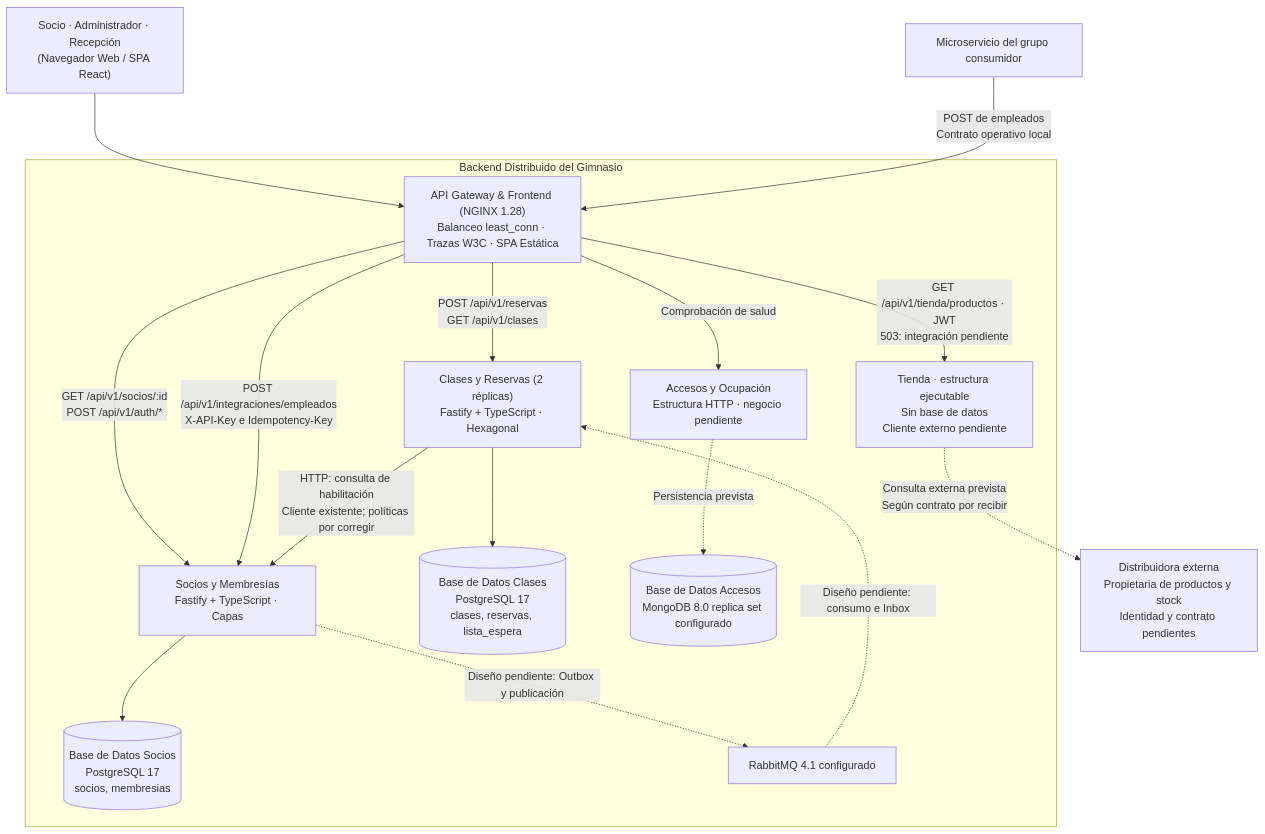
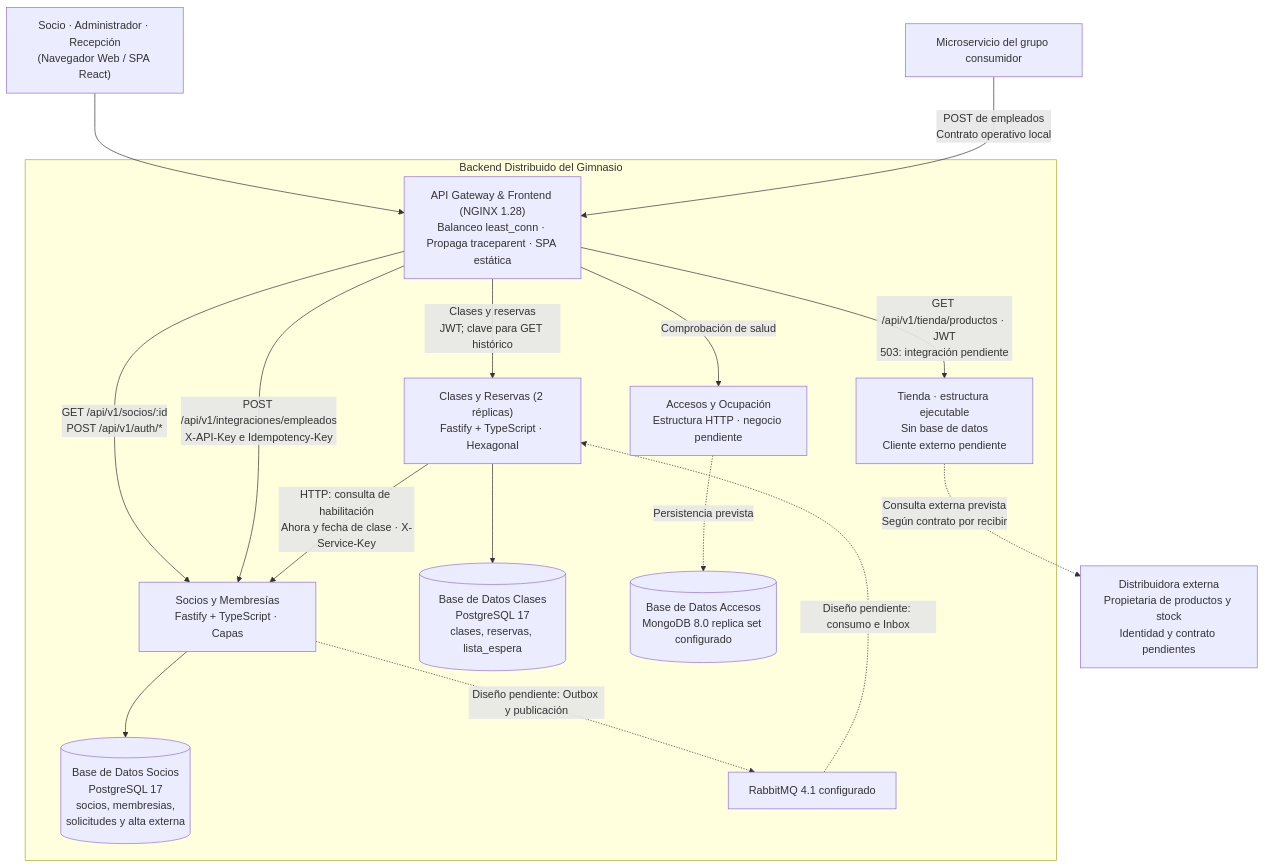
Before and after one commit to PabloMarquezCapilla/Gestion-gimnasio-arquitectura-software: the second of 3 diagrams in docs/ARCHITECTURE.md, drawn with Mermaid. The commit also changed other lines of this file and 20 other files, not shown here.

````diff
--- a/docs/ARCHITECTURE.md
+++ b/docs/ARCHITECTURE.md
@@ -107,25 +86,25 @@
 ```mermaid
 flowchart TB
     actores["Socio · Administrador · Recepción<br/>(Navegador Web / SPA React)"] --> gateway
     consumidor["Microservicio del grupo consumidor"] -->|POST de empleados<br/>Contrato operativo local| gateway
     
     subgraph backend["Backend Distribuido del Gimnasio"]
-        gateway["API Gateway & Frontend (NGINX 1.28)<br/>Balanceo least_conn · Trazas W3C · SPA Estática"]
+        gateway["API Gateway & Frontend (NGINX 1.28)<br/>Balanceo least_conn · Propaga traceparent · SPA estática"]
         
-        gateway -->|POST /api/v1/reservas<br/>GET /api/v1/clases| clases["Clases y Reservas (2 réplicas)<br/>Fastify + TypeScript · Hexagonal"]
+        gateway -->|Clases y reservas<br/>JWT; clave para GET histórico| clases["Clases y Reservas (2 réplicas)<br/>Fastify + TypeScript · Hexagonal"]
         gateway -->|GET /api/v1/socios/:id<br/>POST /api/v1/auth/*| socios["Socios y Membresías<br/>Fastify + TypeScript · Capas"]
         gateway -->|POST /api/v1/integraciones/empleados<br/>X-API-Key e Idempotency-Key| socios
         gateway -->|Comprobación de salud| accesos["Accesos y Ocupación<br/>Estructura HTTP · negocio pendiente"]
         gateway -->|GET /api/v1/tienda/productos · JWT<br/>503: integración pendiente| tienda["Tienda · estructura ejecutable<br/>Sin base de datos<br/>Cliente externo pendiente"]
         
-        clases -->|HTTP: consulta de habilitación<br/>Cliente existente; políticas por corregir| socios
+        clases -->|HTTP: consulta de habilitación<br/>Ahora y fecha de clase · X-Service-Key| socios
         clases --> dbClases[("Base de Datos Clases<br/>PostgreSQL 17<br/>clases, reservas, lista_espera")]
-        socios --> dbSocios[("Base de Datos Socios<br/>PostgreSQL 17<br/>socios, membresias")]
+        socios --> dbSocios[("Base de Datos Socios<br/>PostgreSQL 17<br/>socios, membresias,<br/>solicitudes y alta externa")]
         accesos -.->|Persistencia prevista| dbAccesos[("Base de Datos Accesos<br/>MongoDB 8.0 replica set configurado")]
         
         socios -.->|Diseño pendiente: Outbox y publicación| rabbitmq["RabbitMQ 4.1 configurado"]
         rabbitmq -.->|Diseño pendiente: consumo e Inbox| clases
     end
     distribuidora["Distribuidora externa<br/>Propietaria de productos y stock<br/>Identidad y contrato pendientes"]
     tienda -.->|Consulta externa prevista<br/>Según contrato por recibir| distribuidora
 ```
````
